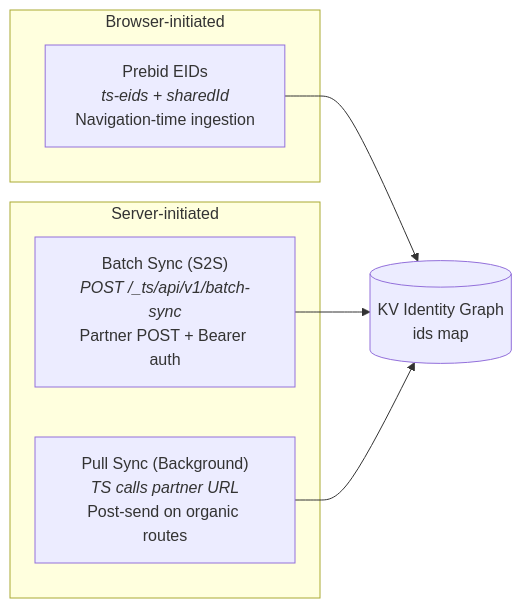
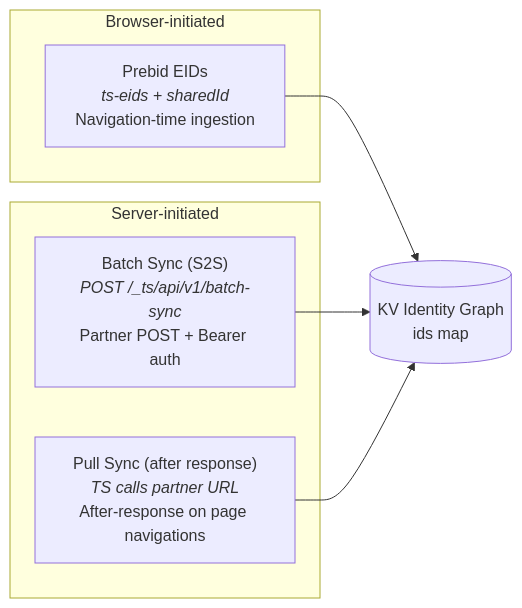
The fourth of 6 diagrams in docs/guide/edge-cookies.md (IABTechLab/trusted-server), drawn with Mermaid before and after one commit. The commit also changed other lines of this file and 6 other files, not shown here.

First line of the commit message:
Align mirror and pull sync docs with the provider-based pull sync

````diff
--- a/docs/guide/edge-cookies.md
+++ b/docs/guide/edge-cookies.md
@@ -133,15 +133,15 @@
 ```mermaid
 flowchart LR
     subgraph Browser-initiated
         Prebid["Prebid EIDs<br/><i>ts-eids + sharedId</i><br/>Navigation-time ingestion"]
     end
 
     subgraph Server-initiated
         Batch["Batch Sync (S2S)<br/><i>POST /_ts/api/v1/batch-sync</i><br/>Partner POST + Bearer auth"]
-        Pull["Pull Sync (Background)<br/><i>TS calls partner URL</i><br/>Post-send on organic routes"]
+        Pull["Pull Sync (after response)<br/><i>TS calls partner URL</i><br/>After-response on page navigations"]
     end
 
     Prebid --> KV[(KV Identity Graph<br/>ids map)]
     Batch --> KV
     Pull --> KV
 ```
````
